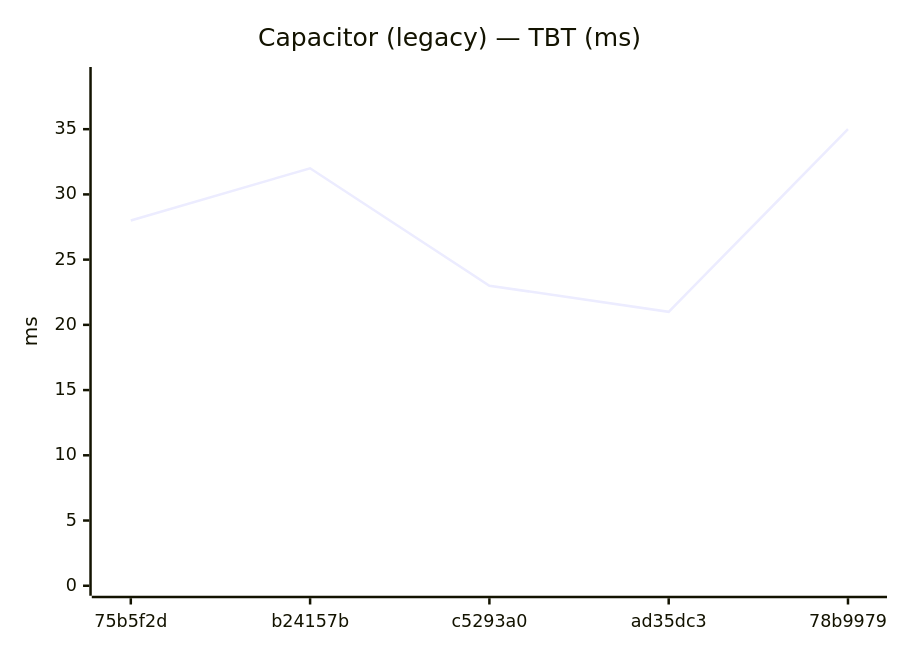
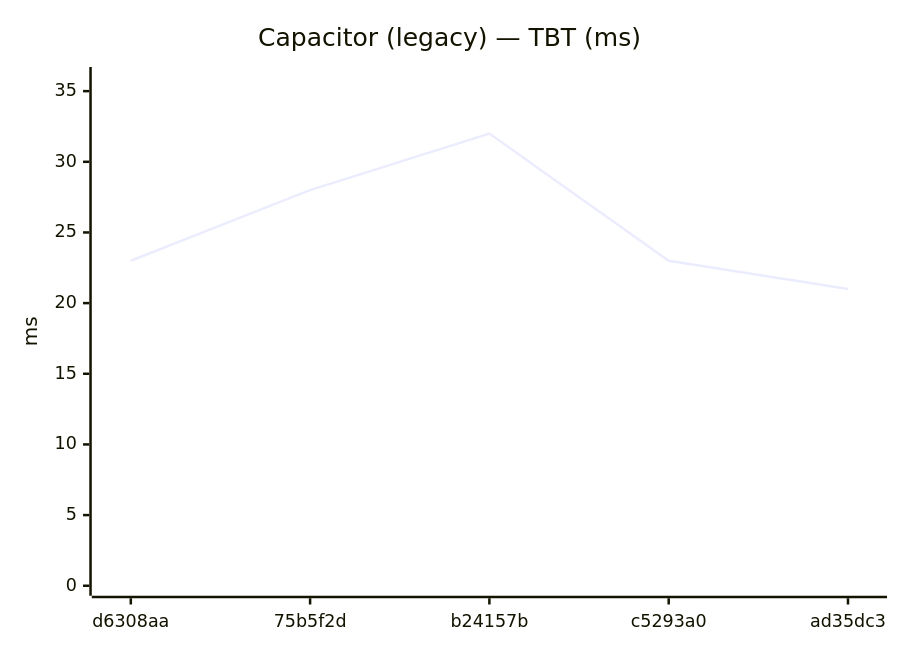
Before and after one commit to Metaheurist/Rianell: diagram 14 of 24 in benchmarks/compare.md, drawn with Mermaid. The commit also changed other lines of this file and 14 other files, not shown here.

````diff
--- a/benchmarks/compare.md
+++ b/benchmarks/compare.md
@@ -201,7 +201,7 @@
 ```mermaid
 xychart-beta
     title "Capacitor (legacy) — TBT (ms)"
-    x-axis ["75b5f2d", "b24157b", "c5293a0", "ad35dc3", "78b9979"]
-    y-axis "ms" 0 --> 39
-    line [28, 32, 23, 21, 35]
+    x-axis ["d6308aa", "75b5f2d", "b24157b", "c5293a0", "ad35dc3"]
+    y-axis "ms" 0 --> 36
+    line [23, 28, 32, 23, 21]
 ```
````
